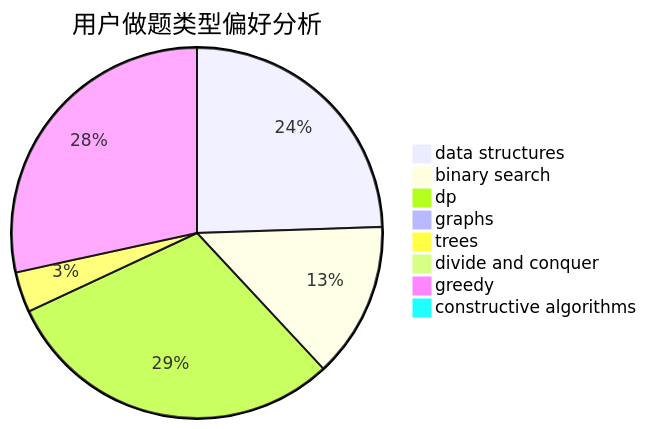
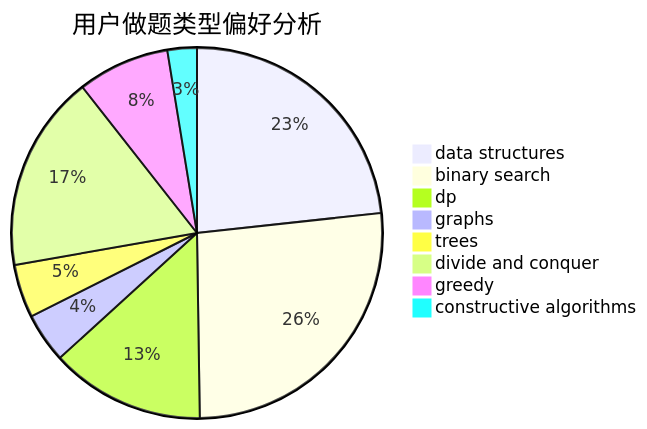
One commit to sherpahu/cfrs.github.io changed the second of 3 diagrams in docs/user/u1789.md. Above: the diagram before and after it, drawn with Mermaid. The commit also changed other lines of this file and 2770 other files, not shown here.

````diff
--- a/docs/user/u1789.md
+++ b/docs/user/u1789.md
@@ -23,11 +23,11 @@
 ```mermaid
 pie title 用户做题类型偏好分析
-    "data structures" :  360
-    "binary search" :  200
-    "dp" :  441
-    "graphs" :  13
-    "trees" :  52
-    "divide and conquer" :  11
-    "greedy" :  418
-    "constructive algorithms" :  9
+    "data structures" :  145
+    "binary search" :  165
+    "dp" :  84
+    "graphs" :  27
+    "trees" :  29
+    "divide and conquer" :  107
+    "greedy" :  50
+    "constructive algorithms" :  16
 ```
````
